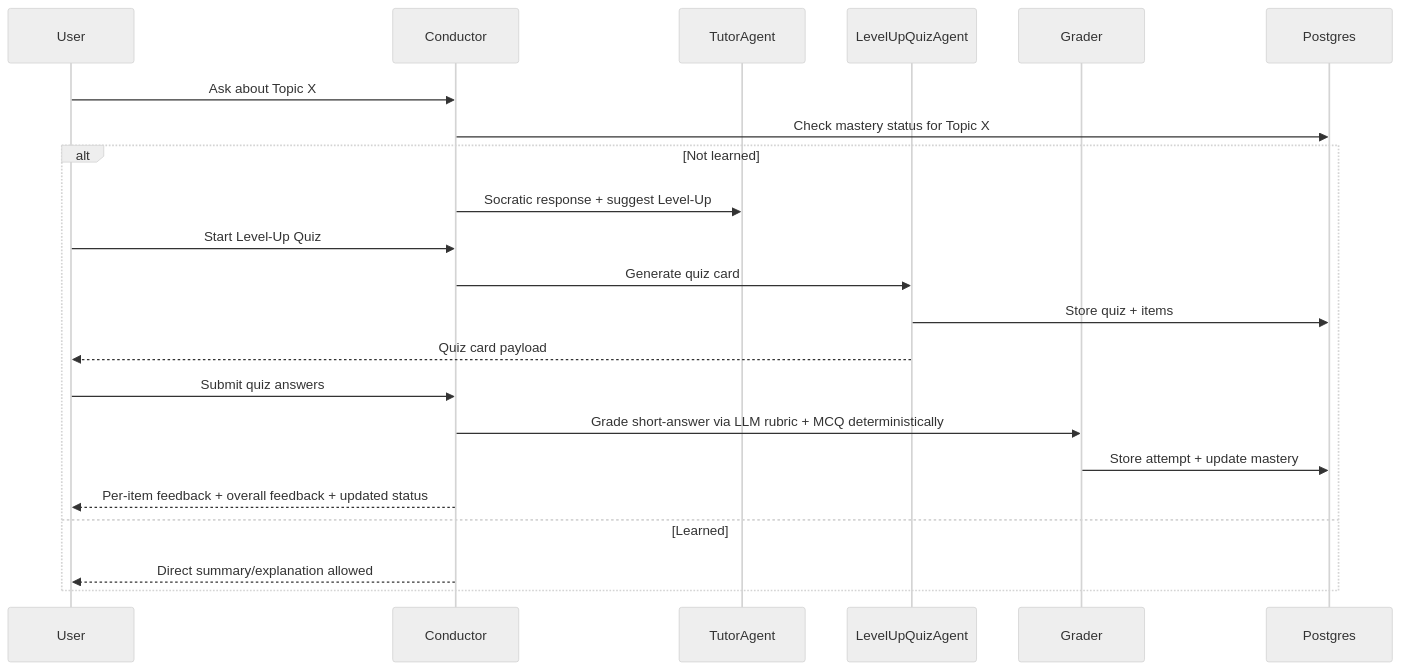
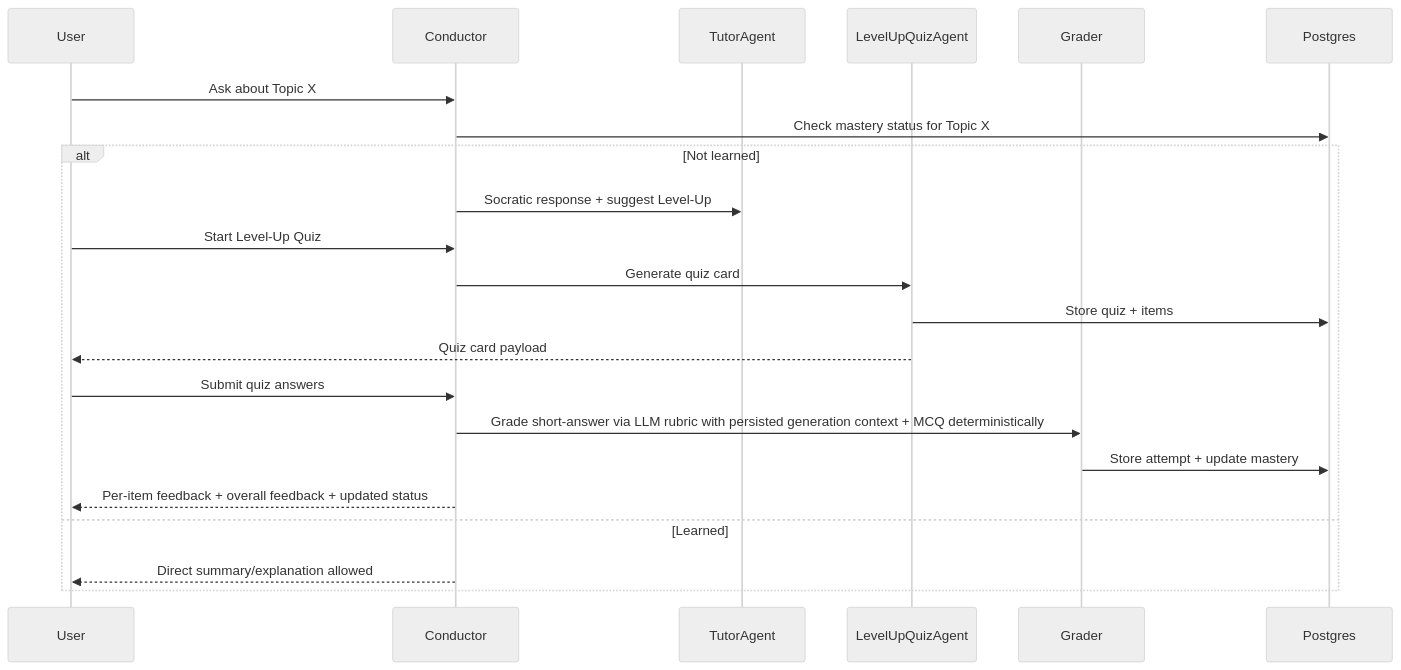
The fourth of 4 diagrams in docs/ARCHITECTURE.md (lcwlouis/Colearni), drawn with Mermaid (neutral theme) before and after one commit. The commit also changed 3 other files, not shown here.

Commit message:
Persist quiz generation context for grading

````diff
--- a/docs/ARCHITECTURE.md
+++ b/docs/ARCHITECTURE.md
@@ -72,25 +72,25 @@
 ```mermaid
 sequenceDiagram
   participant U as User
   participant C as Conductor
   participant T as TutorAgent
   participant Q as LevelUpQuizAgent
   participant G as Grader
   participant DB as Postgres
 
   U->>C: Ask about Topic X
   C->>DB: Check mastery status for Topic X
   alt Not learned
     C->>T: Socratic response + suggest Level-Up
     U->>C: Start Level-Up Quiz
     C->>Q: Generate quiz card
     Q->>DB: Store quiz + items
     Q-->>U: Quiz card payload
     U->>C: Submit quiz answers
-    C->>G: Grade short-answer via LLM rubric + MCQ deterministically
+    C->>G: Grade short-answer via LLM rubric with persisted generation context + MCQ deterministically
     G->>DB: Store attempt + update mastery
     C-->>U: Per-item feedback + overall feedback + updated status
   else Learned
     C-->>U: Direct summary/explanation allowed
   end
 ```
````
